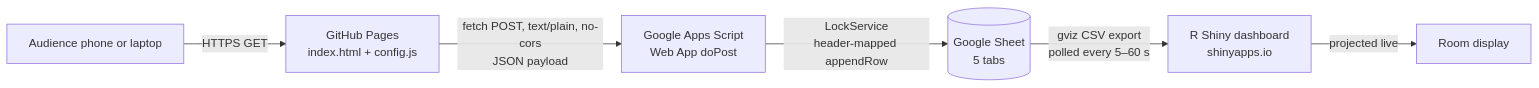
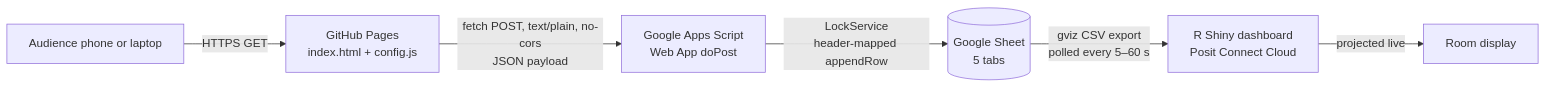
One commit to aaron-chen-angus/learningretreat2026 changed the diagram in README.md. Above: the diagram before and after it, drawn with Mermaid. The commit also changed other lines of this file and 1 other file, not shown here.

````diff
--- a/README.md
+++ b/README.md
@@ -258,8 +258,8 @@
 ```mermaid
 flowchart LR
     A[Audience phone or laptop] -->|HTTPS GET| B[GitHub Pages<br/>index.html + config.js]
     B -->|fetch POST, text/plain, no-cors<br/>JSON payload| C[Google Apps Script<br/>Web App doPost]
     C -->|LockService<br/>header-mapped appendRow| D[(Google Sheet<br/>5 tabs)]
-    D -->|gviz CSV export<br/>polled every 5–60 s| E[R Shiny dashboard<br/>shinyapps.io]
+    D -->|gviz CSV export<br/>polled every 5–60 s| E[R Shiny dashboard<br/>Posit Connect Cloud]
     E -->|projected live| F[Room display]
 ```
````
